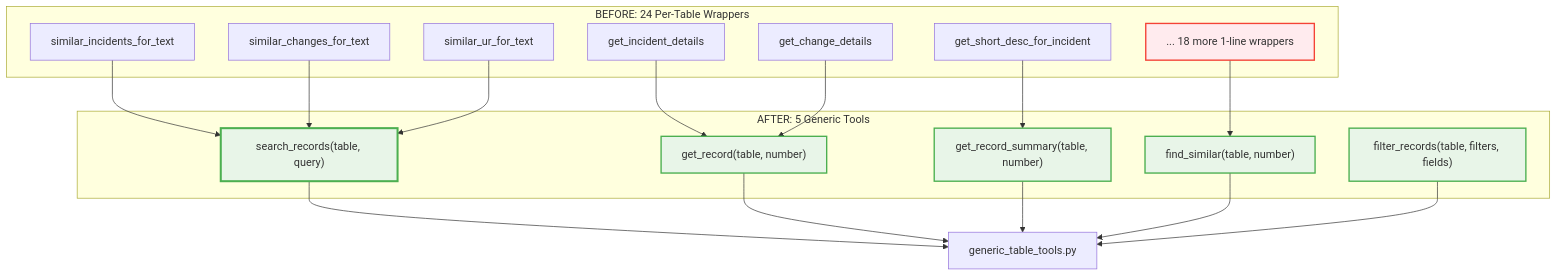
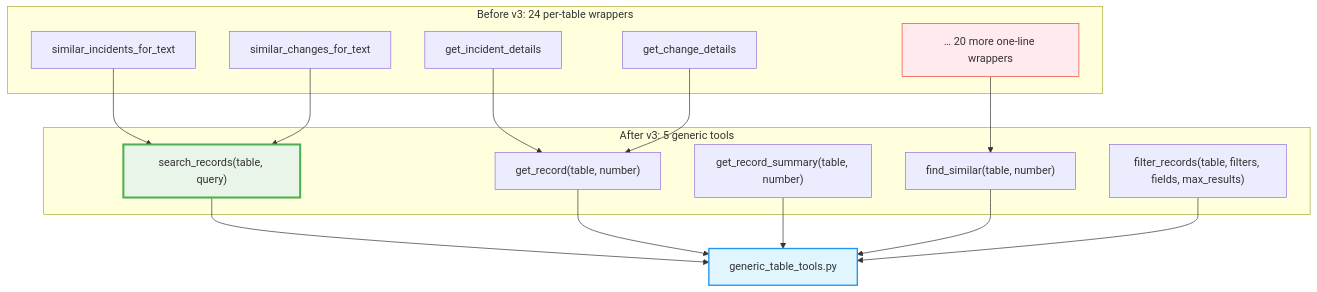
The first of 3 diagrams in Diagrams & Documentation/03-tool-organization.md (Papamzor/personal-mcp-servicenow), drawn with Mermaid before and after one commit. The commit also changed other lines of this file and 31 other files, not shown here.

First line of the commit message:
chore: clean stale packaging/docs and refresh architecture diagrams

````diff
--- a/Diagrams & Documentation/03-tool-organization.md
+++ b/Diagrams & Documentation/03-tool-organization.md
@@ -6,41 +7,34 @@
 ```mermaid
 graph TB
-    subgraph "BEFORE: 24 Per-Table Wrappers"
+    subgraph "Before v3: 24 per-table wrappers"
         OLD1[similar_incidents_for_text]
         OLD2[similar_changes_for_text]
-        OLD3[similar_ur_for_text]
-        OLD4[get_incident_details]
-        OLD5[get_change_details]
-        OLD6[get_short_desc_for_incident]
-        OLD7["... 18 more 1-line wrappers"]
+        OLD3[get_incident_details]
+        OLD4[get_change_details]
+        OLD5["… 20 more one-line wrappers"]
     end
 
-    subgraph "AFTER: 5 Generic Tools"
+    subgraph "After v3: 5 generic tools"
         NEW1["search_records(table, query)"]
         NEW2["get_record(table, number)"]
         NEW3["get_record_summary(table, number)"]
         NEW4["find_similar(table, number)"]
-        NEW5["filter_records(table, filters, fields)"]
+        NEW5["filter_records(table, filters, fields, max_results)"]
     end
 
     OLD1 --> NEW1
     OLD2 --> NEW1
-    OLD3 --> NEW1
+    OLD3 --> NEW2
     OLD4 --> NEW2
-    OLD5 --> NEW2
-    OLD6 --> NEW3
-    OLD7 --> NEW4
+    OLD5 --> NEW4
 
     NEW1 --> GTT[generic_table_tools.py]
     NEW2 --> GTT
     NEW3 --> GTT
     NEW4 --> GTT
     NEW5 --> GTT
 
     style NEW1 fill:#e8f5e8,stroke:#4caf50,stroke-width:3px
-    style NEW2 fill:#e8f5e8,stroke:#4caf50,stroke-width:2px
-    style NEW3 fill:#e8f5e8,stroke:#4caf50,stroke-width:2px
-    style NEW4 fill:#e8f5e8,stroke:#4caf50,stroke-width:2px
-    style NEW5 fill:#e8f5e8,stroke:#4caf50,stroke-width:2px
-    style OLD7 fill:#ffebee,stroke:#f44336,stroke-width:2px
+    style GTT fill:#e1f5fe,stroke:#2196f3,stroke-width:2px
+    style OLD5 fill:#ffebee,stroke:#f44336,stroke-width:1px
 ```
````
